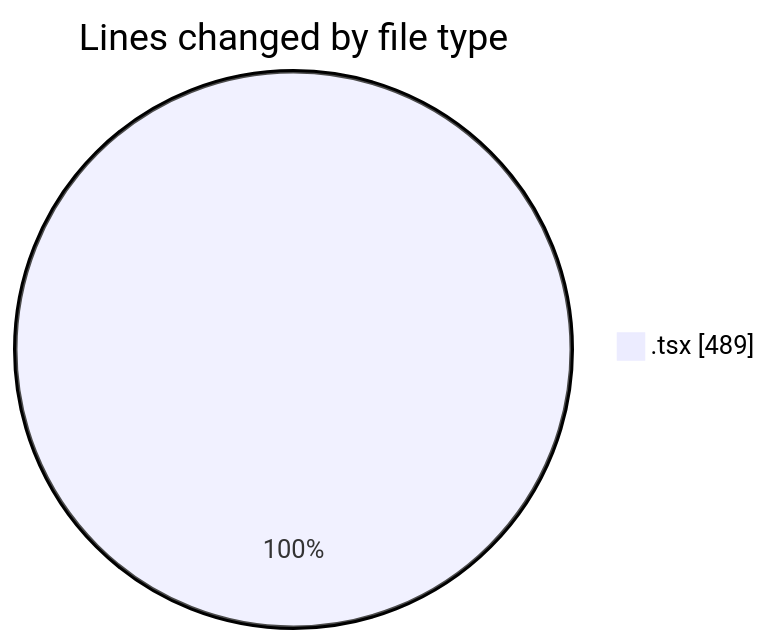
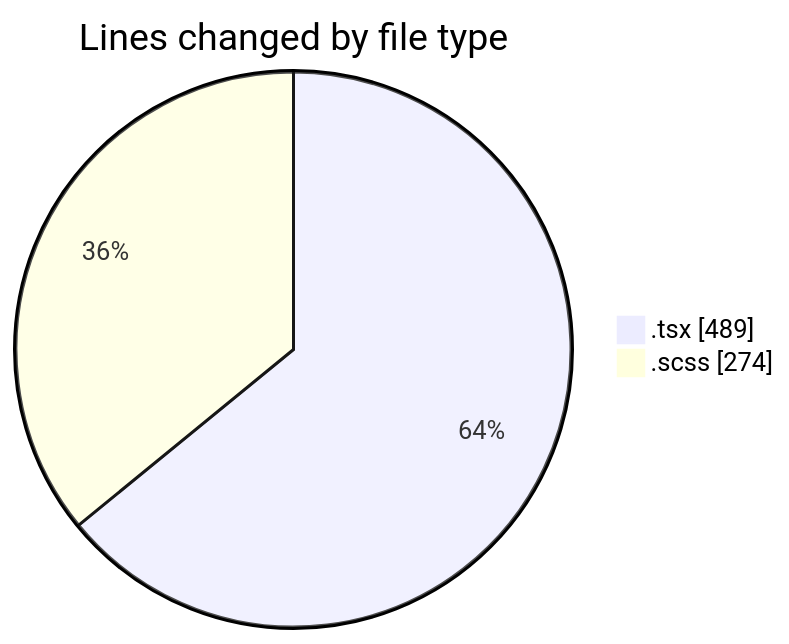
The first of 2 diagrams in 2026-02-25/cda/README.md (momahboobian/code-tracking), drawn with Mermaid before and after one commit. The commit also changed other lines of this file and 1 other file, not shown here.

````diff
--- a/2026-02-25/cda/README.md
+++ b/2026-02-25/cda/README.md
@@ -20,5 +21,6 @@
 ```mermaid
 pie showData
 title Lines changed by file type
 ".tsx" : 489
+".scss" : 274
 ```
````
